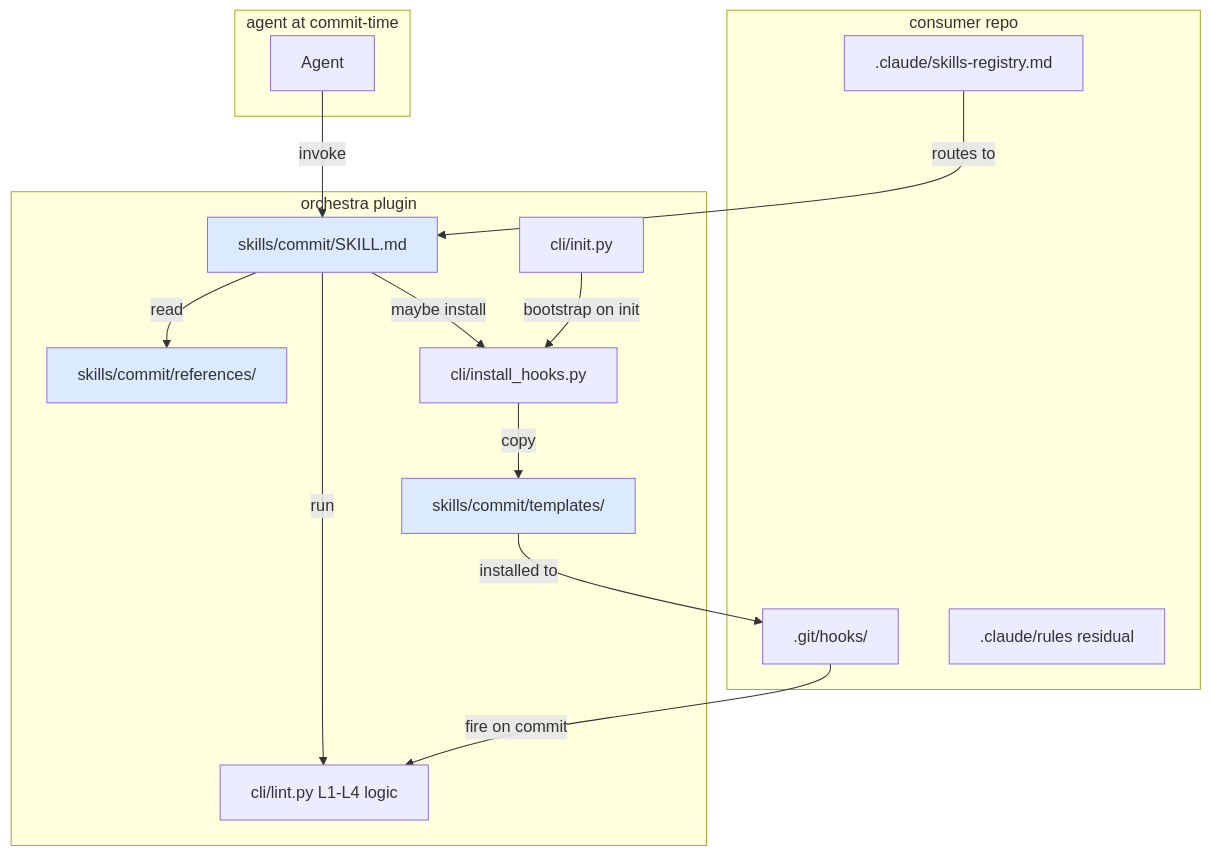
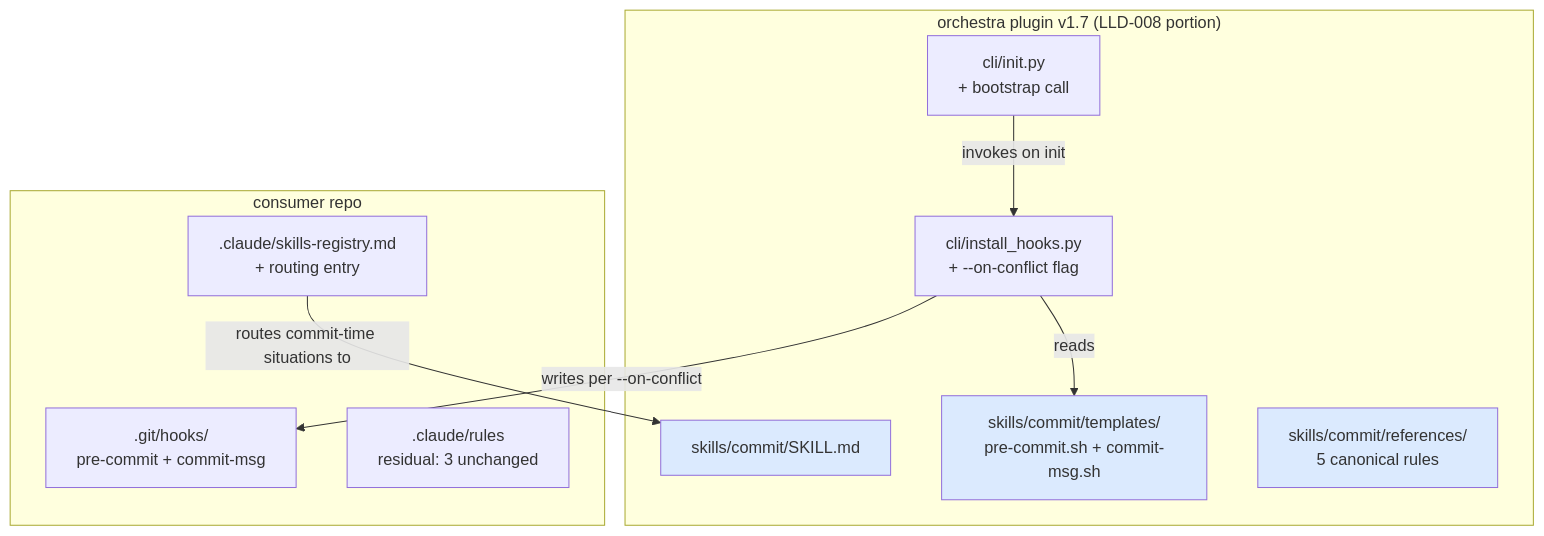
One commit to hassan-mohiddin/orchestra changed the diagram in docs/features/008-commit-skill.md. Above: the diagram before and after it, drawn with Mermaid. The commit also changed other lines of this file and 1 other file, not shown here.

First line of the commit message:
docs: split LLD-008 + draft LLD-009 (commit-msg L2-finalize)

````diff
--- a/docs/features/008-commit-skill.md
+++ b/docs/features/008-commit-skill.md
@@ -122,37 +111,25 @@
 ```mermaid
 graph TD
-    subgraph orchestra["orchestra plugin"]
+    subgraph orchestra["orchestra plugin v1.7 (LLD-008 portion)"]
         S["skills/commit/SKILL.md"]
-        T["skills/commit/templates/"]
-        R["skills/commit/references/"]
-        L["cli/lint.py L1-L4 logic"]
-        I["cli/install_hooks.py"]
-        N["cli/init.py"]
+        T["skills/commit/templates/<br/>pre-commit.sh + commit-msg.sh"]
+        R["skills/commit/references/<br/>5 canonical rules"]
+        I["cli/install_hooks.py<br/>+ --on-conflict flag"]
+        N["cli/init.py<br/>+ bootstrap call"]
     end
 
     subgraph consumer["consumer repo"]
-        H[".git/hooks/"]
-        SR[".claude/skills-registry.md"]
-        AR[".claude/rules residual"]
+        H[".git/hooks/<br/>pre-commit + commit-msg"]
+        SR[".claude/skills-registry.md<br/>+ routing entry"]
+        AR[".claude/rules<br/>residual: 3 unchanged"]
     end
 
-    subgraph agent["agent at commit-time"]
-        A["Agent"]
-    end
-
-    A -->|invoke| S
-    S -->|read| R
-    S -->|run| L
-    S -->|maybe install| I
-
-    I -->|copy| T
-    T -->|installed to| H
-    H -->|fire on commit| L
-
-    N -->|bootstrap on init| I
-    SR -->|routes to| S
+    I -->|reads| T
+    I -->|writes per --on-conflict| H
+    N -->|invokes on init| I
+    SR -->|routes commit-time situations to| S
 
     style S fill:#dbeafe
     style R fill:#dbeafe
     style T fill:#dbeafe
 ```
````
